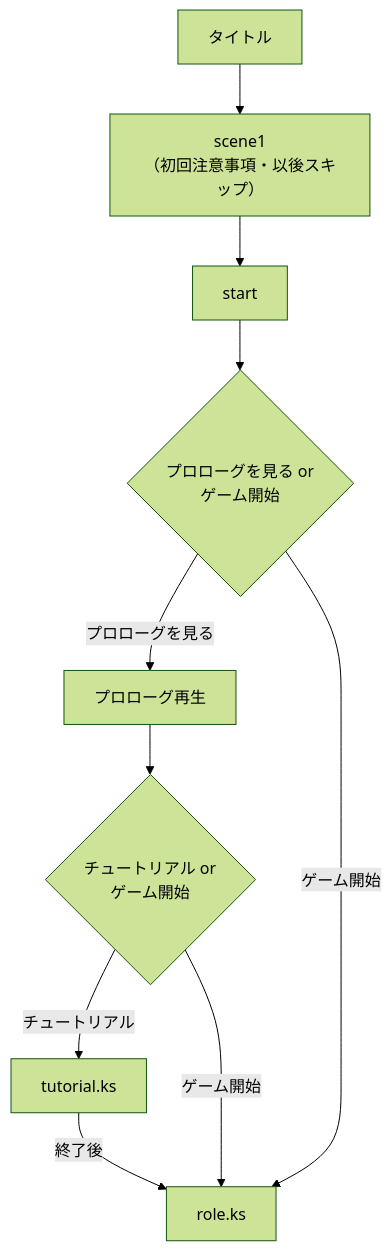
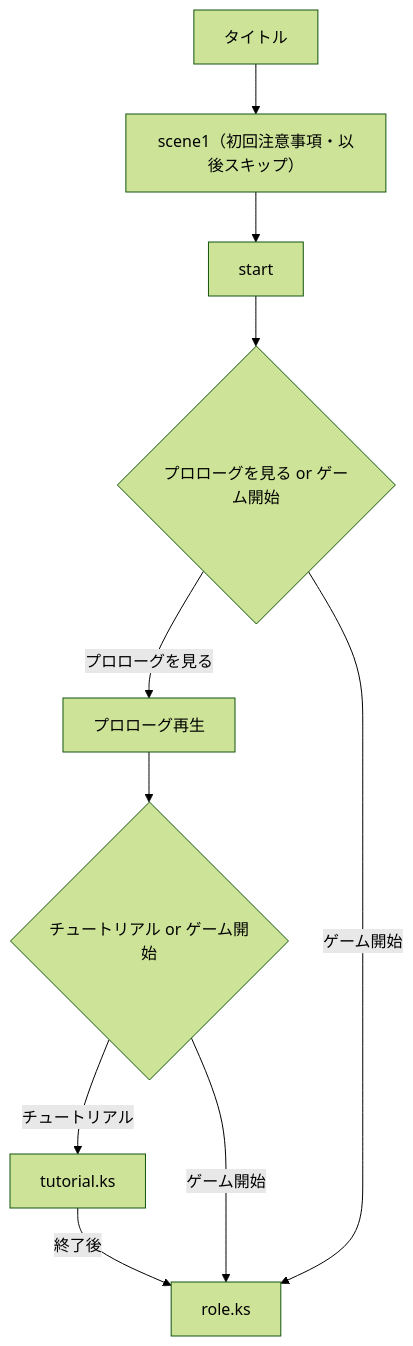
One commit to bug-slayers-N/Portfolio_JINROGAME changed the first of 2 diagrams in README.md. Above: the diagram before and after it, drawn with Mermaid (forest theme). The commit also changed other lines of this file, not shown here.

````diff
--- a/README.md
+++ b/README.md
@@ -219,12 +204,12 @@
 ```mermaid
 flowchart TD
-    A[タイトル] --> B["scene1<br/>（初回注意事項・以後スキップ）"]
+    A[タイトル] --> B["scene1（初回注意事項・以後スキップ）"]
     B --> C[start]
-    C --> D{プロローグを見る or<br/>ゲーム開始}
+    C --> D{プロローグを見る or ゲーム開始}
     D -->|プロローグを見る| E[プロローグ再生]
-    E --> F{チュートリアル or<br/>ゲーム開始}
+    E --> F{チュートリアル or ゲーム開始}
     F -->|チュートリアル| G[tutorial.ks]
     F -->|ゲーム開始| H[role.ks]
     D -->|ゲーム開始| H
     G -->|終了後| H
 ```
````
